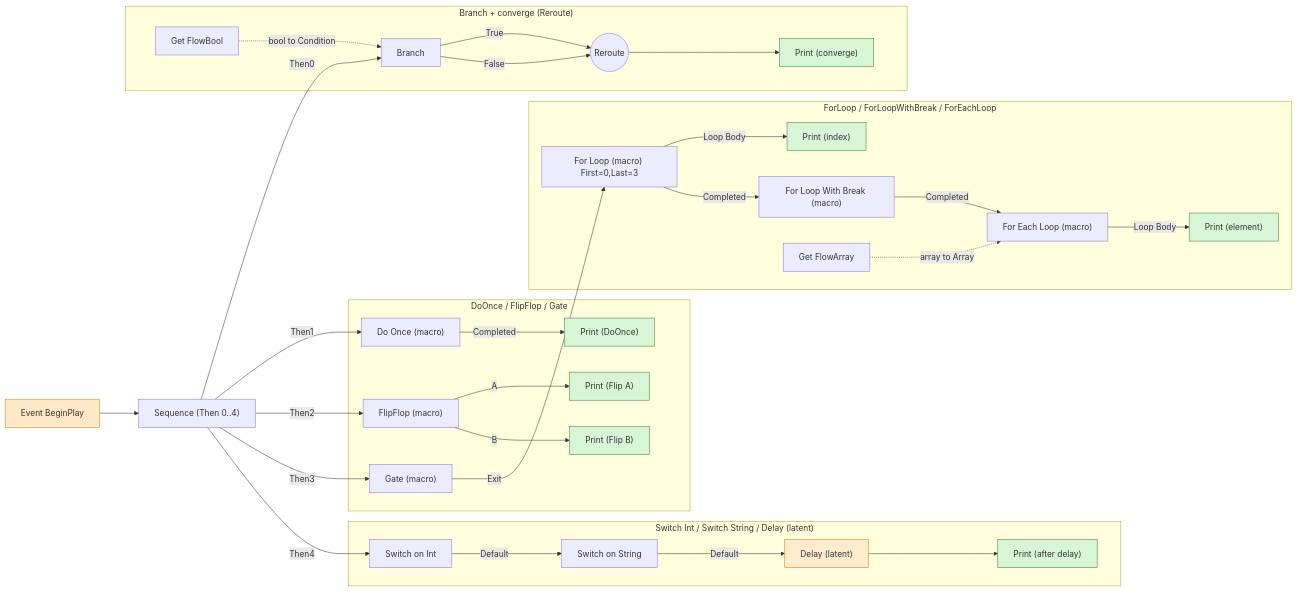
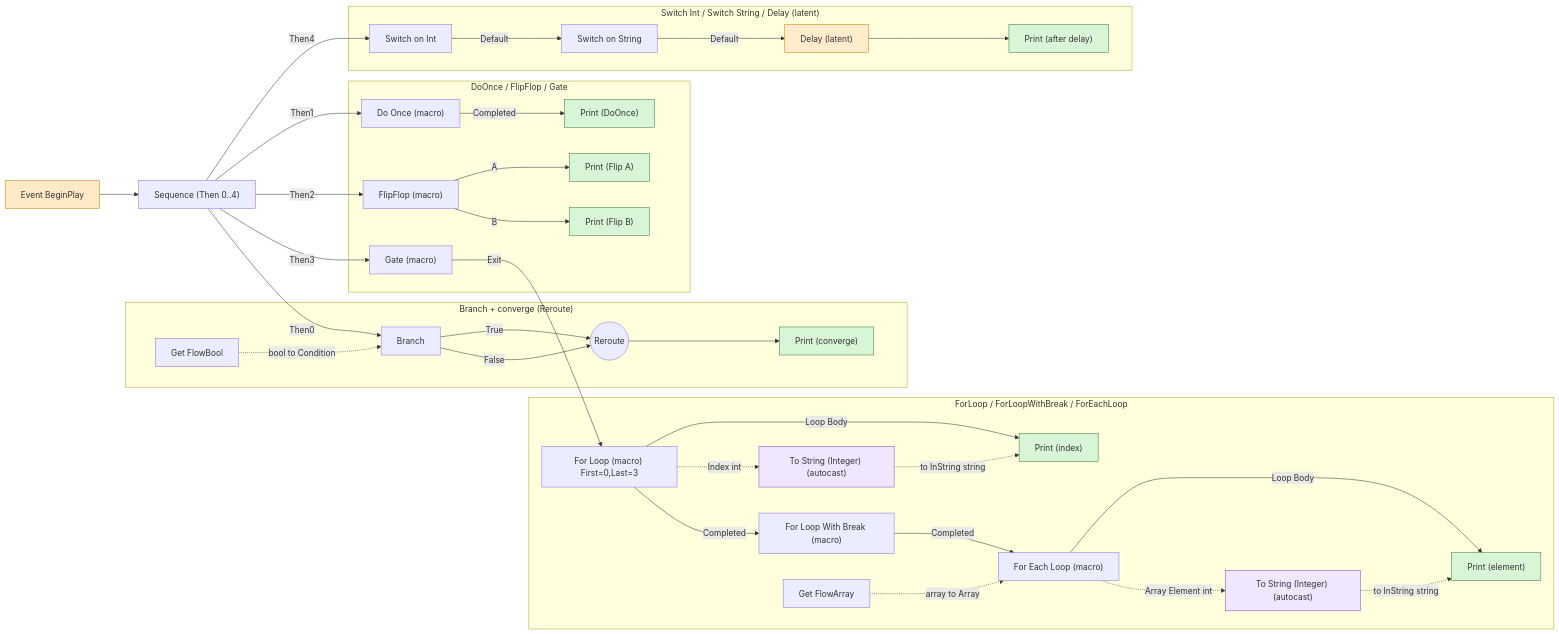
The diagram in bpparser_testgen/deliverables/viz/BP_04_ExecFlow_Control.mmd (CiaranCw/BlueprintAnalyseTool), drawn with Mermaid before and after one commit. The commit also changed 25 other files, not shown here.

```diff
--- a/bpparser_testgen/deliverables/viz/BP_04_ExecFlow_Control.mmd
+++ b/bpparser_testgen/deliverables/viz/BP_04_ExecFlow_Control.mmd
@@ -1,60 +1,67 @@
 %% BP_04_ExecFlow_Control - EventGraph
 %% Edge style: solid=exec, dotted=data
 flowchart LR
   n1["Event BeginPlay"]:::evt
   n2["Sequence (Then 0..4)"]
   subgraph C1["Branch + converge (Reroute)"]
     n3["Branch"]
     n4["Get FlowBool"]
     n5(("Reroute"))
     n6["Print (converge)"]:::impure
   end
   subgraph C2["DoOnce / FlipFlop / Gate"]
     n7["Do Once (macro)"]
     n8["Print (DoOnce)"]:::impure
     n9["FlipFlop (macro)"]
     n10["Print (Flip A)"]:::impure
     n11["Print (Flip B)"]:::impure
     n12["Gate (macro)"]
   end
   subgraph C3["ForLoop / ForLoopWithBreak / ForEachLoop"]
     n13["For Loop (macro) First=0,Last=3"]
     n14["Print (index)"]:::impure
     n15["For Loop With Break (macro)"]
     n20["For Each Loop (macro)"]
     n21["Get FlowArray"]
     n22["Print (element)"]:::impure
+    n23["To String (Integer) (autocast)"]:::cast
+    n24["To String (Integer) (autocast)"]:::cast
   end
   subgraph C4["Switch Int / Switch String / Delay (latent)"]
     n16["Switch on Int"]
     n19["Switch on String"]
     n17["Delay (latent)"]:::latent
     n18["Print (after delay)"]:::impure
   end
 
   n1 --> n2
   n2 -->|Then0| n3
   n3 -->|True| n5
   n3 -->|False| n5
   n5 --> n6
   n2 -->|Then1| n7
   n7 -->|Completed| n8
   n2 -->|Then2| n9
   n9 -->|A| n10
   n9 -->|B| n11
   n2 -->|Then3| n12
   n12 -->|Exit| n13
   n13 -->|Loop Body| n14
   n13 -->|Completed| n15
   n15 -->|Completed| n20
   n20 -->|Loop Body| n22
   n2 -->|Then4| n16
   n16 -->|Default| n19
   n19 -->|Default| n17
   n17 --> n18
   n4 -.->|bool to Condition| n3
   n21 -.->|array to Array| n20
+  n13 -.->|Index int| n23
+  n23 -.->|to InString string| n14
+  n20 -.->|Array Element int| n24
+  n24 -.->|to InString string| n22
 
   classDef evt fill:#ffe9c7,stroke:#b8860b;
   classDef impure fill:#d8f5d8,stroke:#3a7d3a;
   classDef latent fill:#ffeccc,stroke:#cc7a00;
+  classDef cast fill:#f0e6ff,stroke:#7a4fbf;
```
